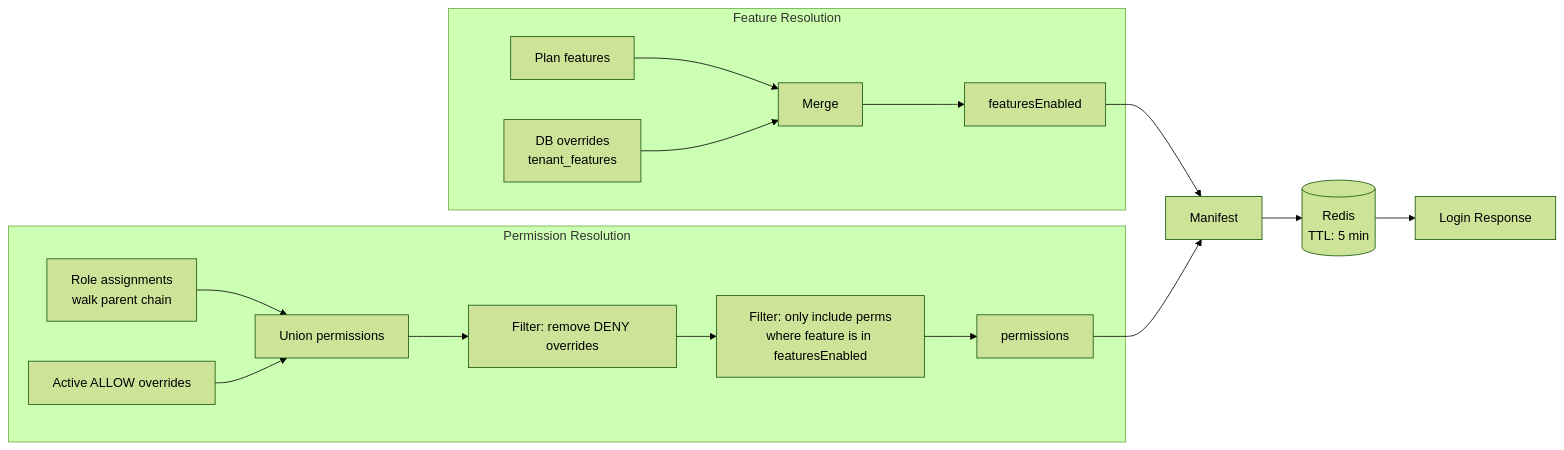
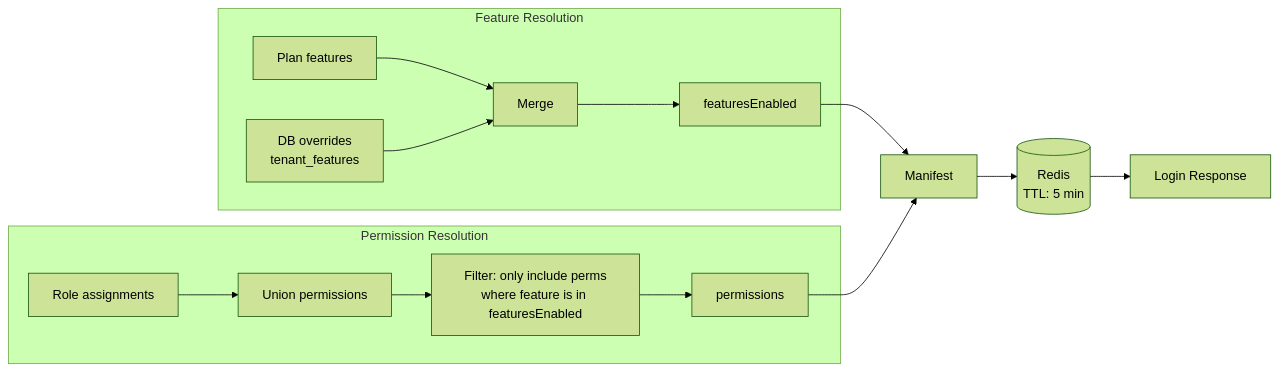
Before and after one commit to gowtamkumar/eCommerce-multi-store-saas-erp: the fourth of 4 diagrams in doc/system-design/subscription-and-features.md, drawn with Mermaid (forest theme). The commit also changed other lines of this file and 9 other files, not shown here.

````diff
--- a/doc/system-design/subscription-and-features.md
+++ b/doc/system-design/subscription-and-features.md
@@ -666,21 +631,19 @@
 ```mermaid
 flowchart LR
     subgraph Feature Resolution
         P[Plan features] --> M[Merge]
         O[DB overrides\ntenant_features] --> M
         M --> FE[featuresEnabled]
     end
 
     subgraph Permission Resolution
-        RA[Role assignments\nwalk parent chain] --> UP[Union permissions]
-        AO[Active ALLOW overrides] --> UP
-        UP --> FP[Filter: remove DENY overrides]
-        FP --> FF[Filter: only include perms\nwhere feature is in featuresEnabled]
+        RA[Role assignments] --> UP[Union permissions]
+        UP --> FF[Filter: only include perms\nwhere feature is in featuresEnabled]
         FF --> PERMS[permissions]
     end
 
     FE --> Manifest
     PERMS --> Manifest
     Manifest --> Cache[(Redis\nTTL: 5 min)]
     Cache --> Login[Login Response]
 ```
````
